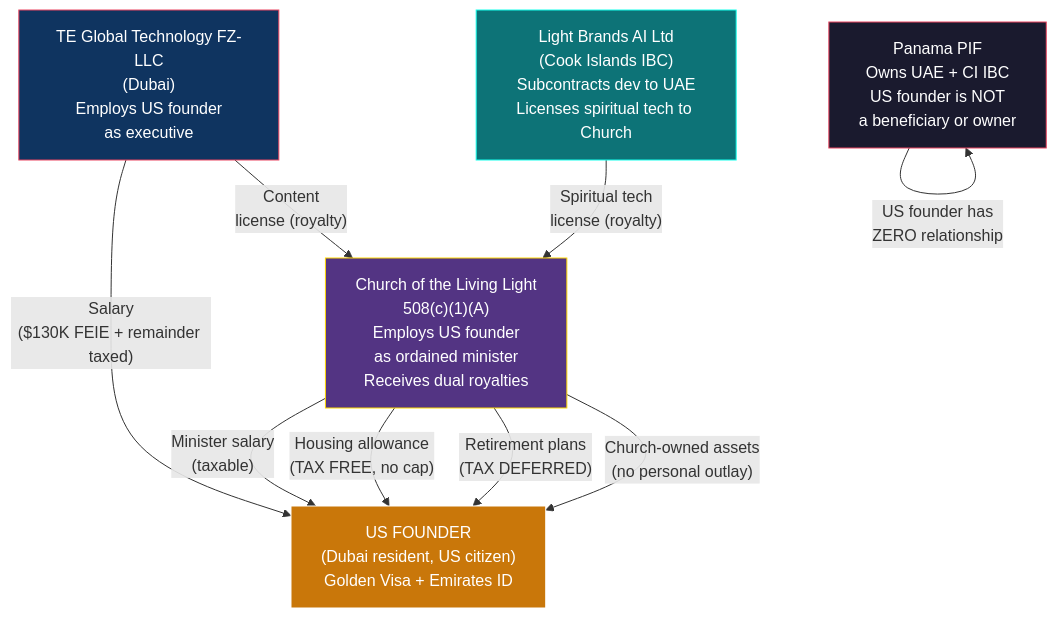
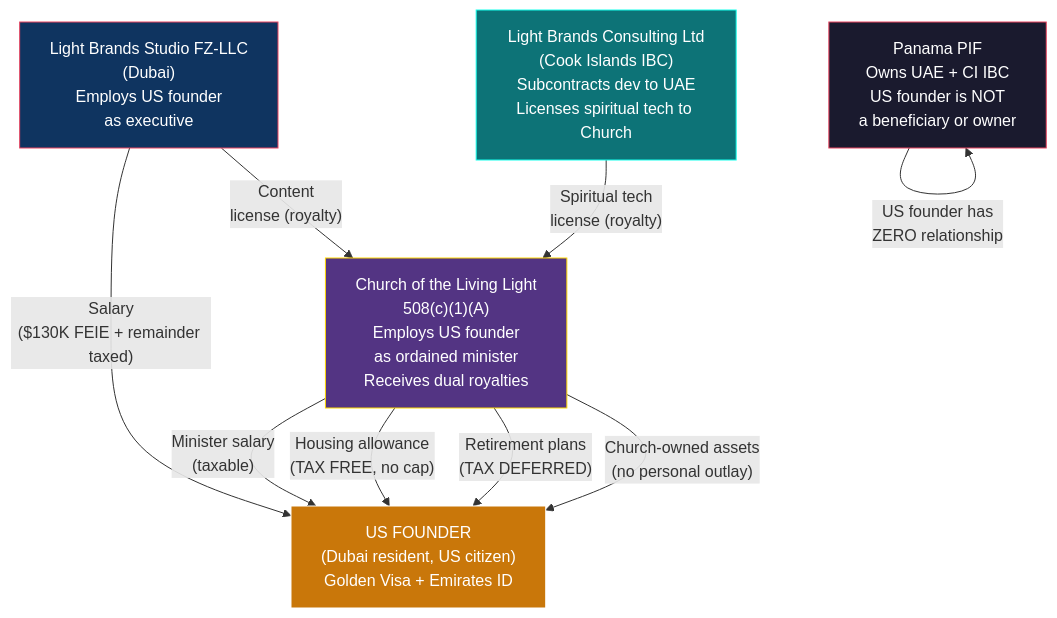
The diagram in docs/tax-structure/03-FOUNDER-GUIDE-US.md (Light-Brands/epic-center), drawn with Mermaid before and after one commit. The commit also changed other lines of this file and 7 other files, not shown here.

First line of the commit message:
Rename entities: Light Brands Studio (UAE) + Light Brands Consulting (CI IBC)

````diff
--- a/docs/tax-structure/03-FOUNDER-GUIDE-US.md
+++ b/docs/tax-structure/03-FOUNDER-GUIDE-US.md
@@ -18,27 +18,27 @@
 ```mermaid
 graph TB
-    UAE["TE Global Technology FZ-LLC<br/>(Dubai)<br/>Employs US founder<br/>as executive"]
+    UAE["Light Brands Studio FZ-LLC<br/>(Dubai)<br/>Employs US founder<br/>as executive"]
 
-    CI["Light Brands AI Ltd<br/>(Cook Islands IBC)<br/>Subcontracts dev to UAE<br/>Licenses spiritual tech to Church"]
+    CI["Light Brands Consulting Ltd<br/>(Cook Islands IBC)<br/>Subcontracts dev to UAE<br/>Licenses spiritual tech to Church"]
 
     CHURCH["Church of the Living Light<br/>508(c)(1)(A)<br/>Employs US founder<br/>as ordained minister<br/>Receives dual royalties"]
 
     PIF["Panama PIF<br/>Owns UAE + CI IBC<br/>US founder is NOT<br/>a beneficiary or owner"]
 
     US["US FOUNDER<br/>(Dubai resident, US citizen)<br/>Golden Visa + Emirates ID"]
 
     UAE -->|"Salary<br/>($130K FEIE + remainder taxed)"| US
     CI -->|"Spiritual tech<br/>license (royalty)"| CHURCH
     UAE -->|"Content<br/>license (royalty)"| CHURCH
     CHURCH -->|"Minister salary<br/>(taxable)"| US
     CHURCH -->|"Housing allowance<br/>(TAX FREE, no cap)"| US
     CHURCH -->|"Retirement plans<br/>(TAX DEFERRED)"| US
     CHURCH -->|"Church-owned assets<br/>(no personal outlay)"| US
     PIF -->|"US founder has<br/>ZERO relationship"| PIF
 
     style UAE fill:#0f3460,stroke:#e94560,color:#fff
     style CI fill:#0d7377,stroke:#14ffec,color:#fff
     style CHURCH fill:#533483,stroke:#ffd700,color:#fff
     style PIF fill:#1a1a2e,stroke:#e94560,color:#fff
     style US fill:#c9770a,stroke:#fff,color:#fff
 ```
````
